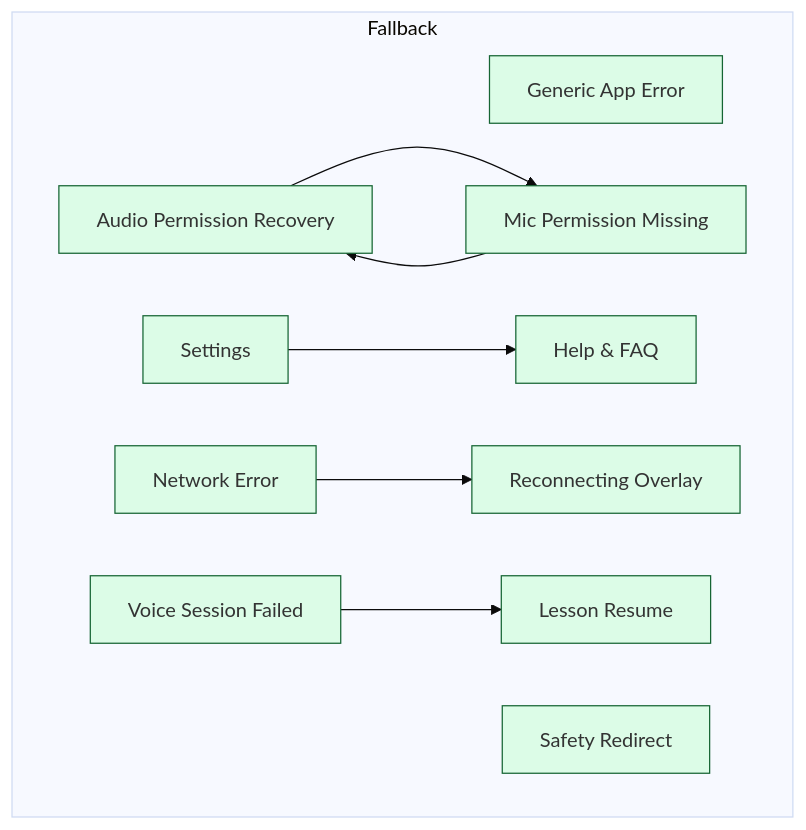
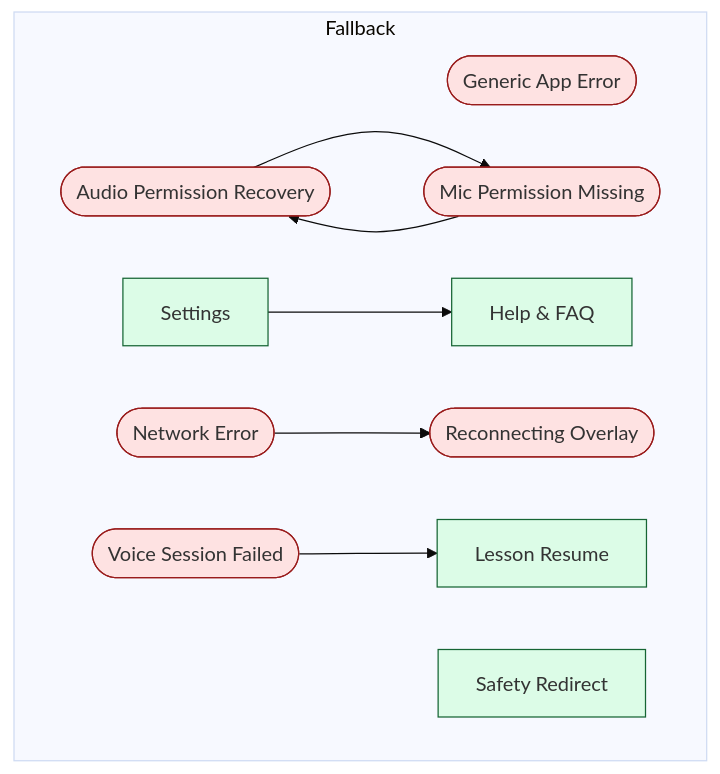
Before and after one commit to JSR-Algo/TJBOT-Mobile: the diagram in tbot-design/docs/flows/domains/fallback/flow.mmd, drawn with Mermaid (base theme). The commit also changed 31 other files, not shown here.

First line of the commit message:
flows(fixes): C1+C2+C6+R8 — kind-drop bug, edge classification, backend-leak linter, untracked policy

```diff
--- a/tbot-design/docs/flows/domains/fallback/flow.mmd
+++ b/tbot-design/docs/flows/domains/fallback/flow.mmd
@@ -1,39 +1,40 @@
-%% GENERATED FROM nav-graph-data.json sha=747476d6c24a. Do not edit by hand.
+%% GENERATED FROM nav-graph-data.json sha=9cfd302d222f. Do not edit by hand.
 %% domain: fallback
 flowchart TD
   classDef happy fill:#dcfce7,stroke:#166534
   classDef edge  fill:#fee2e2,stroke:#991b1b
   subgraph Fallback["Fallback"]
-    app_error["Generic App Error"]
-    audio_recovery["Audio Permission Recovery"]
+    app_error(["Generic App Error"])
+    audio_recovery(["Audio Permission Recovery"])
     help_faq["Help & FAQ"]
     kid_settings["Settings"]
     lesson_resume["Lesson Resume"]
-    mic_missing["Mic Permission Missing"]
-    network_error["Network Error"]
-    reconnecting_overlay["Reconnecting Overlay"]
+    mic_missing(["Mic Permission Missing"])
+    network_error(["Network Error"])
+    reconnecting_overlay(["Reconnecting Overlay"])
     safety_redirect["Safety Redirect"]
-    voice_failed["Voice Session Failed"]
+    voice_failed(["Voice Session Failed"])
   end
   audio_recovery --> mic_missing
   kid_settings --> help_faq
   mic_missing --> audio_recovery
   network_error --> reconnecting_overlay
   voice_failed --> lesson_resume
-  class app_error,audio_recovery,help_faq,kid_settings,lesson_resume,mic_missing,network_error,reconnecting_overlay,safety_redirect,voice_failed happy
+  class help_faq,kid_settings,lesson_resume,safety_redirect happy
+  class app_error,audio_recovery,mic_missing,network_error,reconnecting_overlay,voice_failed edge
 
 %% cross-domain outbound (handled in shared/cross-domain.flow.mmd):
 %%   app_error -> home_hub_idle (home)
 %%   audio_recovery -> home_hub_idle (home)
 %%   kid_settings -> home_hub_idle (home)
 %%   lesson_resume -> home_hub_idle (home)
 %%   mic_missing -> home_hub_idle (home)
 %%   network_error -> home_hub_idle (home)
 %%   reconnecting_overlay -> home_hub_idle (home)
 %%   safety_redirect -> home_hub_idle (home)
 %%   voice_failed -> home_hub_idle (home)
 %%   lesson_resume -> robot_speaking (lesson-session)
 %%   reconnecting_overlay -> robot_listening (lesson-session)
 %%   help_faq -> parent_summary (parent)
 %%   kid_settings -> parent_gate (parent)
 %%   safety_redirect -> parent_gate (parent)
```
